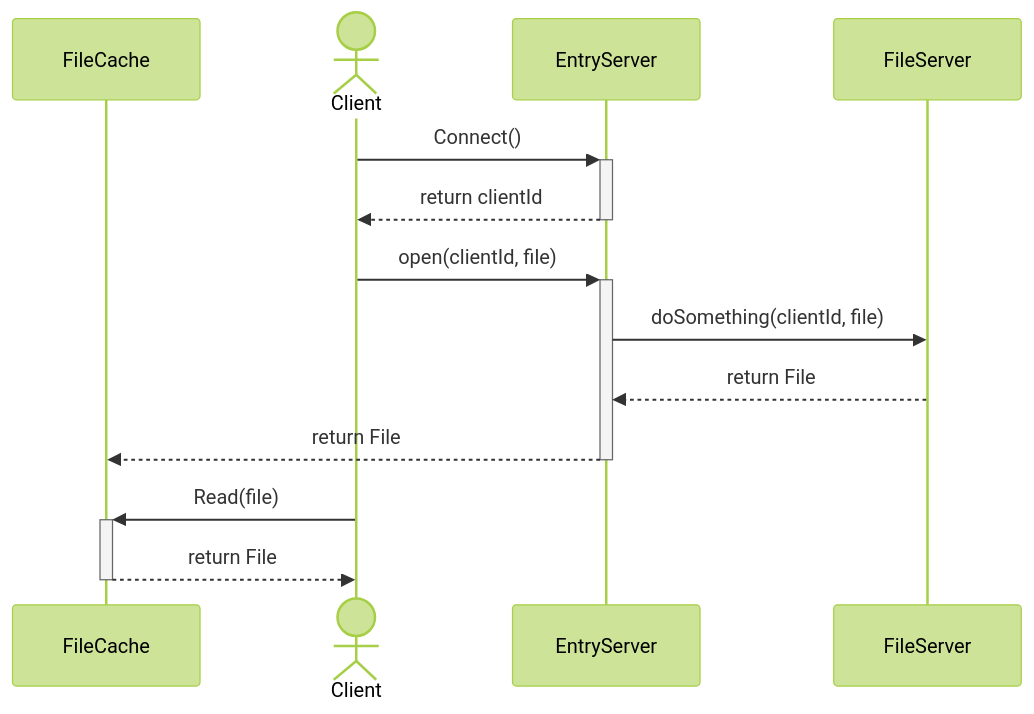
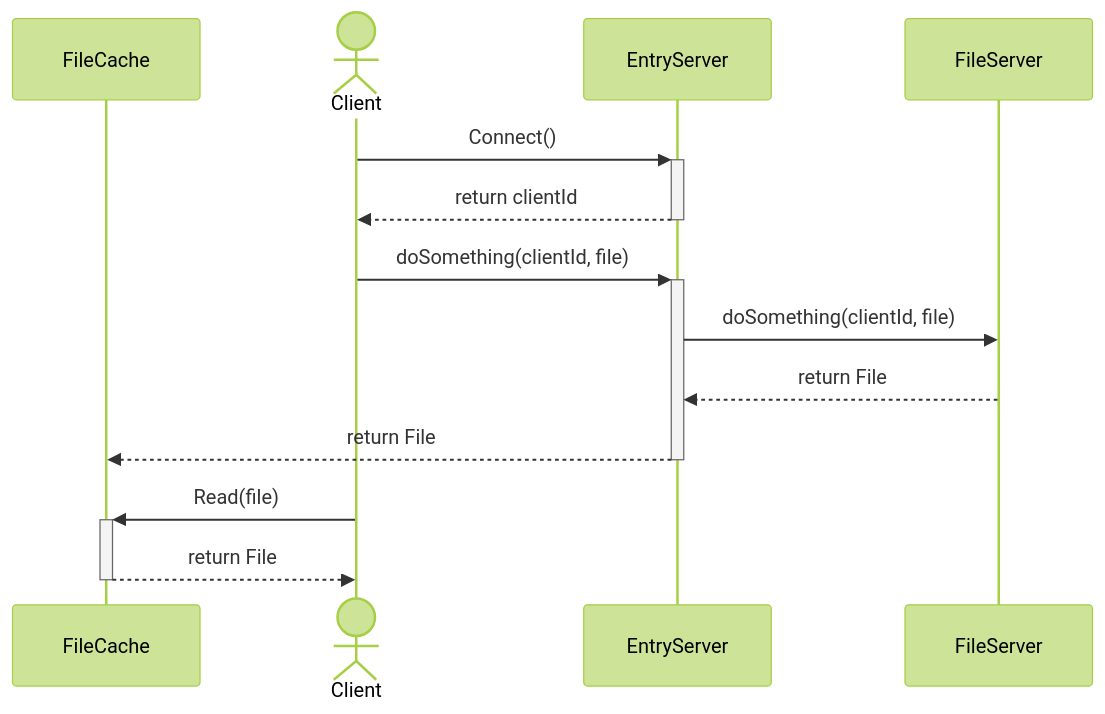
The diagram in design/sequence.md (kaitokimuraofficial/distributed-file-systems), drawn with Mermaid (forest theme) before and after one commit.

````diff
--- a/design/sequence.md
+++ b/design/sequence.md
@@ -1,22 +1,22 @@
 ```mermaid
 sequenceDiagram
 
   # 全てのClientはEntryServer(ES)にのみアクセスする
   # ESはClientにclientIdを付与する
   # ESとFSがやりとりしてファイルに関する操作を行う
   # clientIdとファイルに関する命令を受けてESがFSに対してなんらかの操作をする。もしファイルの受け渡しがあればそれをClientのFileCache(FC)に渡す
 
   participant FC as FileCache
   actor C as Client
   participant ES as EntryServer　
   participant FS as FileServer
 
   C->>+ES: Connect()
   ES-->>-C: return clientId 
-  C->>+ES: open(clientId, file)
+  C->>+ES: doSomething(clientId, file)
   ES->>FS: doSomething(clientId, file)
   FS-->>ES: return File
   ES-->>-FC: return File
   C->>+FC: Read(file)
   FC-->>-C: return File
 ```
````
